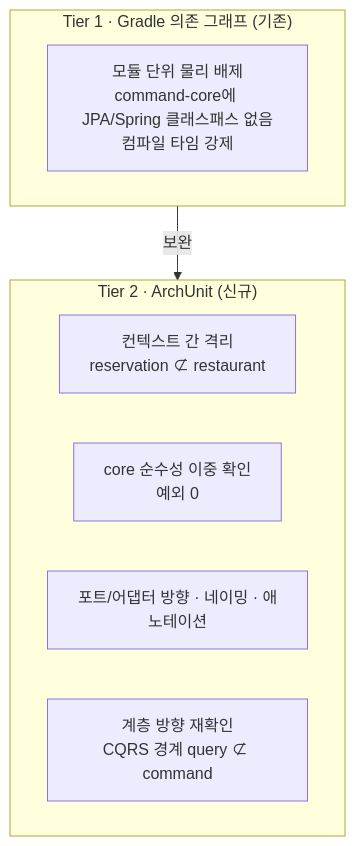
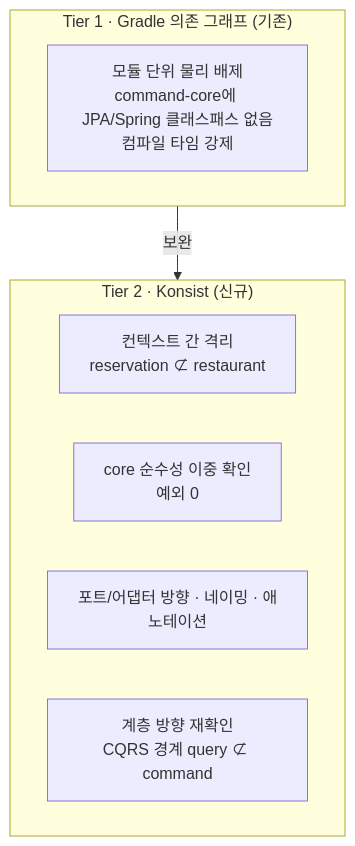
The second of 3 diagrams in docs/v2/rfc/RFC-031-architecture-fitness-functions-archunit.md (newkayak12/prototype-reservation-system), drawn with Mermaid before and after one commit. The commit also changed other lines of this file and 27 other files, not shown here.

````diff
--- a/docs/v2/rfc/RFC-031-architecture-fitness-functions-archunit.md
+++ b/docs/v2/rfc/RFC-031-architecture-fitness-functions-archunit.md
@@ -96,13 +96,13 @@
 ```mermaid
 graph TD
     subgraph Tier1["Tier 1 · Gradle 의존 그래프 (기존)"]
         g[모듈 단위 물리 배제<br/>command-core에 JPA/Spring 클래스패스 없음<br/>컴파일 타임 강제]
     end
-    subgraph Tier2["Tier 2 · ArchUnit (신규)"]
+    subgraph Tier2["Tier 2 · Konsist (신규)"]
         a1[컨텍스트 간 격리<br/>reservation ⊄ restaurant]
         a2[core 순수성 이중 확인<br/>예외 0]
         a3[포트/어댑터 방향 · 네이밍 · 애노테이션]
         a4[계층 방향 재확인<br/>CQRS 경계 query ⊄ command]
     end
     Tier1 -->|보완| Tier2
 ```
````
